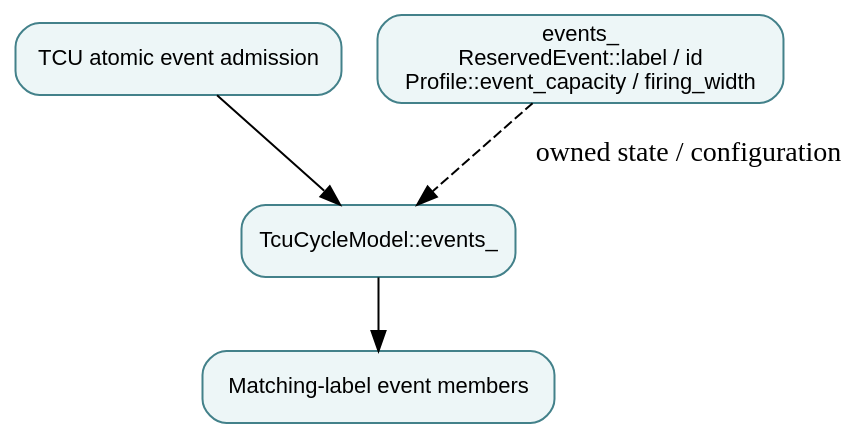
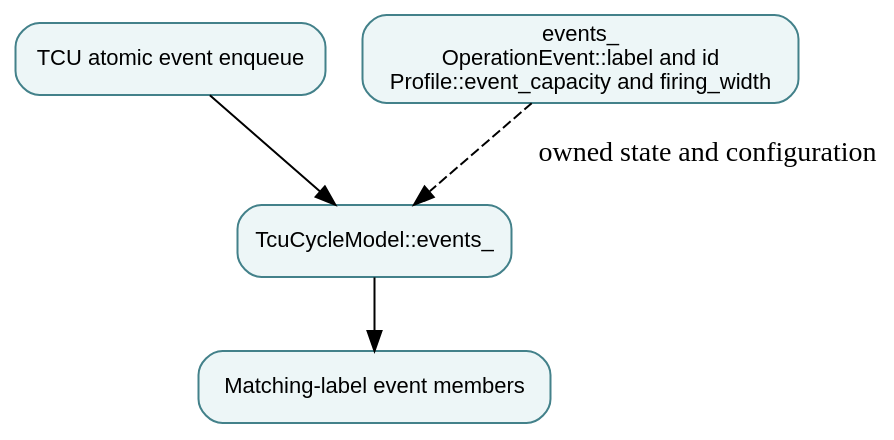
One commit to qsbit-org/qsbit-sim changed the diagram in docs/modules/per-port-event-queues.md. Above: the diagram before and after it, drawn with Graphviz. The commit also changed other lines of this file and 71 other files, not shown here.

````diff
--- a/docs/modules/per-port-event-queues.md
+++ b/docs/modules/per-port-event-queues.md
@@ -14,11 +14,11 @@
 ```{graphviz}
 digraph module {
   rankdir=TB; bgcolor="transparent";
   node [shape=box, style="rounded,filled", fillcolor="#edf6f7", color="#43818a", fontname="sans-serif", fontsize=11];
-  input [label="TCU atomic event admission"];
+  input [label="TCU atomic event enqueue"];
   owner [label="TcuCycleModel::events_"];
-  state [label="events_\nReservedEvent::label / id\nProfile::event_capacity / firing_width"];
+  state [label="events_\nOperationEvent::label and id\nProfile::event_capacity and firing_width"];
   output [label="Matching-label event members"];
-  input -> owner; owner -> output; state -> owner [style=dashed, label="owned state / configuration"];
+  input -> owner; owner -> output; state -> owner [style=dashed, label="owned state and configuration"];
 }
 ```
````
